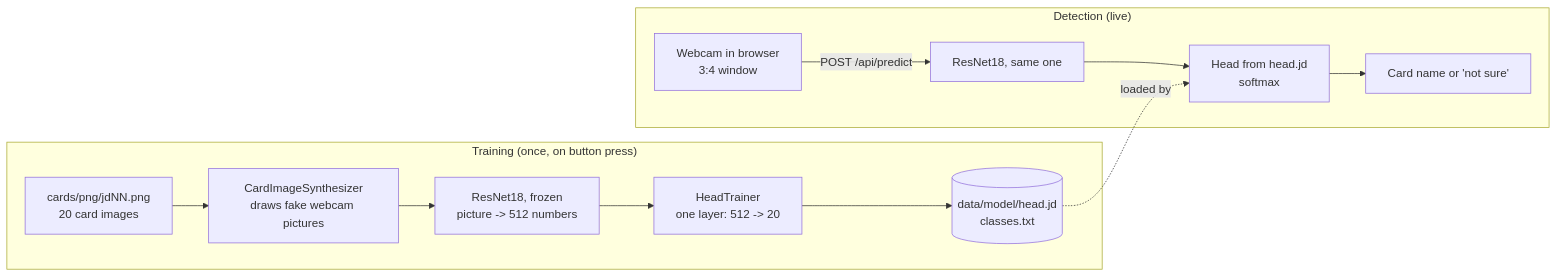
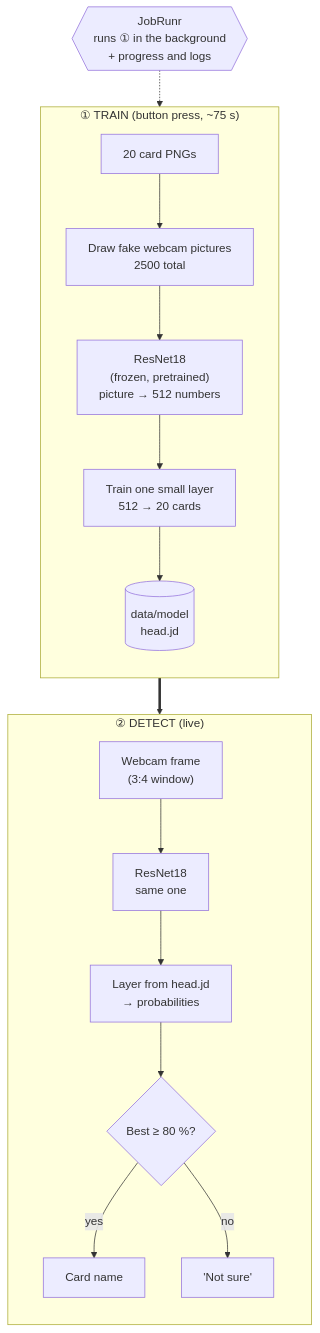
One commit to JohannesRabauer/java-dex-classifier changed the diagram in docs/WORKFLOW.md. Above: the diagram before and after it, drawn with Mermaid. The commit also changed other lines of this file, not shown here.

Commit message:
Shorten workflow doc and improve diagram

````diff
--- a/docs/WORKFLOW.md
+++ b/docs/WORKFLOW.md
@@ -7,15 +7,23 @@
 ```mermaid
-flowchart LR
-    subgraph Train["Training (once, on button press)"]
-        A[cards/png/jdNN.png<br/>20 card images] --> B[CardImageSynthesizer<br/>draws fake webcam pictures]
-        B --> C[ResNet18, frozen<br/>picture -> 512 numbers]
-        C --> D[HeadTrainer<br/>one layer: 512 -> 20]
-        D --> E[(data/model/head.jd<br/>classes.txt)]
+flowchart TB
+    subgraph T["① TRAIN  (button press, ~75 s)"]
+        direction TB
+        P["20 card PNGs"] --> S["Draw fake webcam pictures<br/>2500 total"]
+        S --> R1["ResNet18<br/>(frozen, pretrained)<br/>picture → 512 numbers"]
+        R1 --> H["Train one small layer<br/>512 → 20 cards"]
+        H --> M[("data/model<br/>head.jd")]
     end
-    subgraph Detect["Detection (live)"]
-        W[Webcam in browser<br/>3:4 window] -->|POST /api/predict| F[ResNet18, same one]
-        F --> G[Head from head.jd<br/>softmax]
-        G --> H[Card name or 'not sure']
+
+    J{{"JobRunr<br/>runs ① in the background<br/>+ progress and logs"}} -.-> T
+
+    subgraph D["② DETECT  (live)"]
+        direction TB
+        W["Webcam frame<br/>(3:4 window)"] --> R2["ResNet18<br/>same one"]
+        R2 --> L["Layer from head.jd<br/>→ probabilities"]
+        L --> O{"Best ≥ 80 %?"}
+        O -- yes --> Y["Card name"]
+        O -- no --> N["'Not sure'"]
     end
-    E -.loaded by.-> G
+
+    M ==> L
 ```
````
